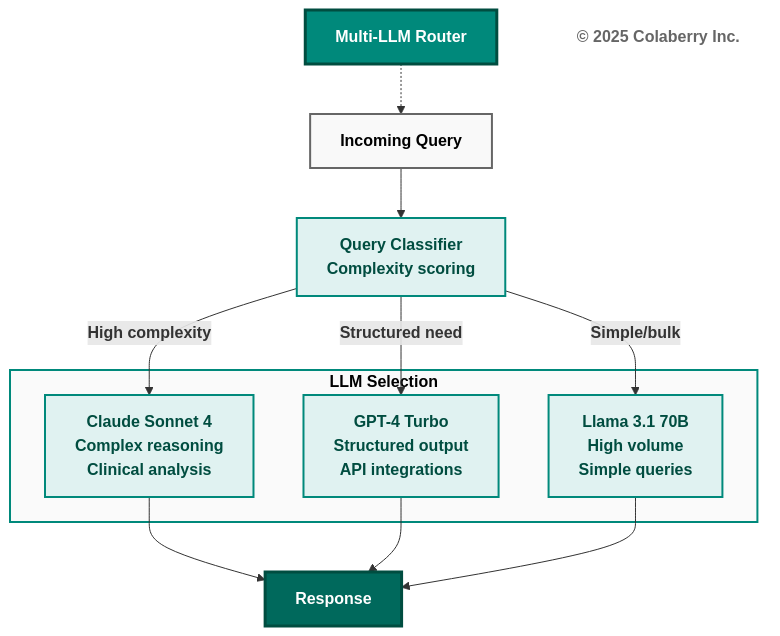
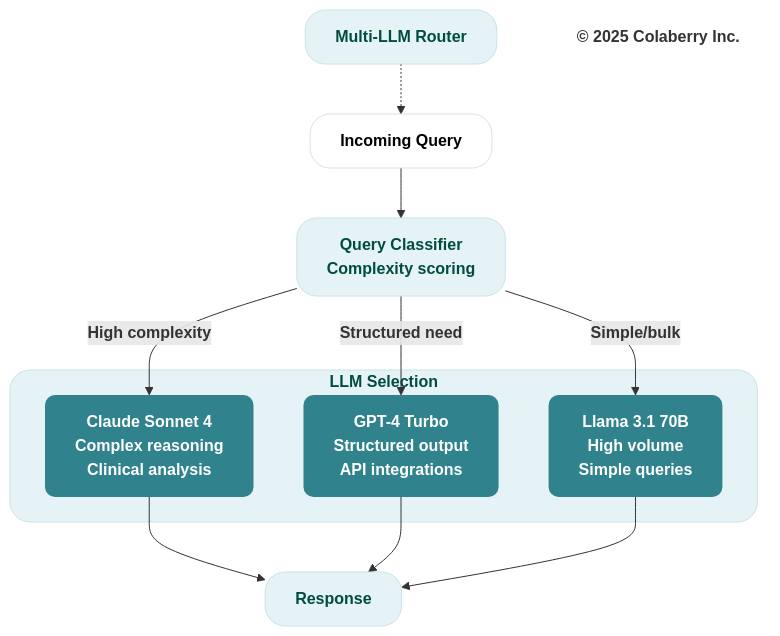
One commit to saitejesh-cyber/trust-before-intelligence-book changed the ninth of 13 diagrams in manuscript/06_chapter_5_intelligence_layers.md. Above: the diagram before and after it, drawn with Mermaid. The commit also changed other lines of this file and 7 other files, not shown here.

Commit message:
Chapter 6to13: Updated mermaid diagrams based on new colaberry color code

````diff
--- a/manuscript/06_chapter_5_intelligence_layers.md
+++ b/manuscript/06_chapter_5_intelligence_layers.md
@@ -737,37 +747,37 @@
 ```mermaid
 graph TB
     TITLE["<b>Multi-LLM Router</b>"]
     
     Q["<b>Incoming Query</b>"]
     
     CLASS["<b>Query Classifier</b><br/><b>Complexity scoring</b>"]
     
     subgraph routing["<b>LLM Selection</b>"]
         CLAUDE["<b>Claude Sonnet 4</b><br/><b>Complex reasoning</b><br/><b>Clinical analysis</b>"]
         GPT["<b>GPT-4 Turbo</b><br/><b>Structured output</b><br/><b>API integrations</b>"]
         LLAMA["<b>Llama 3.1 70B</b><br/><b>High volume</b><br/><b>Simple queries</b>"]
     end
     
     OUT["<b>Response</b>"]
     
     TITLE -.-> Q
     Q --> CLASS
     CLASS -->|<b>High complexity</b>| CLAUDE
     CLASS -->|<b>Structured need</b>| GPT
     CLASS -->|<b>Simple/bulk</b>| LLAMA
     CLAUDE --> OUT
     GPT --> OUT
     LLAMA --> OUT
     
     Copyright["<b>© 2025 Colaberry Inc.</b>"]
     
-    style TITLE fill:#00897b,color:#ffffff,stroke:#004d40,stroke-width:3px
-    style Q fill:#f9f9f9,stroke:#666666,stroke-width:2px,color:#000000
-    style CLASS fill:#e0f2f1,stroke:#00897b,stroke-width:2px,color:#004d40
-    style routing fill:#fafafa,stroke:#00897b,stroke-width:2px,color:#000000
-    style CLAUDE fill:#e0f2f1,stroke:#00897b,stroke-width:2px,color:#004d40
-    style GPT fill:#e0f2f1,stroke:#00897b,stroke-width:2px,color:#004d40
-    style LLAMA fill:#e0f2f1,stroke:#00897b,stroke-width:2px,color:#004d40
-    style OUT fill:#00695c,color:#ffffff,stroke:#004d40,stroke-width:3px
-    style Copyright fill:#ffffff,stroke:none,color:#666666
+    style TITLE fill:#e6f3f6,stroke:#c7e3ea,stroke-width:1px,color:#004d40,rx:20,ry:20
+    style Q fill:#ffffff,stroke:#e0e0e0,stroke-width:1px,color:#000000,rx:20,ry:20
+    style CLASS fill:#e6f3f6,stroke:#c7e3ea,stroke-width:1px,color:#004d40,rx:20,ry:20
+    style routing fill:#e6f3f6,stroke:#c7e3ea,stroke-width:1px,color:#004d40,rx:20,ry:20
+    style CLAUDE fill:#30838C,stroke:none,color:#ffffff,rx:10,ry:10
+    style GPT fill:#30838C,stroke:none,color:#ffffff,rx:10,ry:10
+    style LLAMA fill:#30838C,stroke:none,color:#ffffff,rx:10,ry:10
+    style OUT fill:#e6f3f6,stroke:#c7e3ea,stroke-width:1px,color:#004d40,rx:20,ry:20
+    style Copyright fill:none,stroke:none,color:#333333
 ```
````
